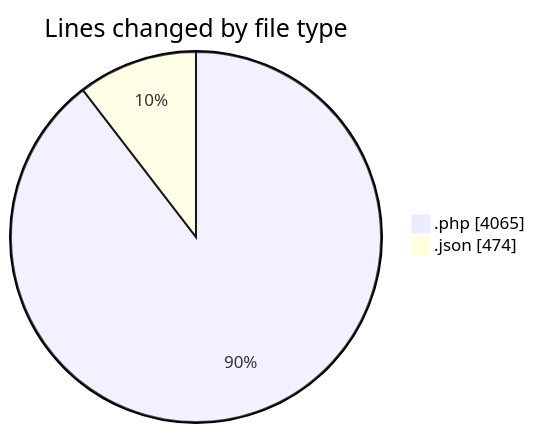
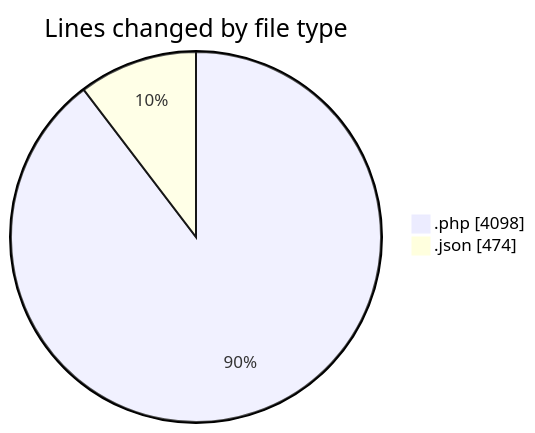
Before and after one commit to idhammustaqopulfikri/code-tracking: the first of 2 diagrams in 2025-06-16/studio-backend/README.md, drawn with Mermaid. The commit also changed other lines of this file and 1 other file, not shown here.

````diff
--- a/2025-06-16/studio-backend/README.md
+++ b/2025-06-16/studio-backend/README.md
@@ -37,6 +37,6 @@
 ```mermaid
 pie showData
 title Lines changed by file type
-".php" : 4065
+".php" : 4098
 ".json" : 474
 ```
````
